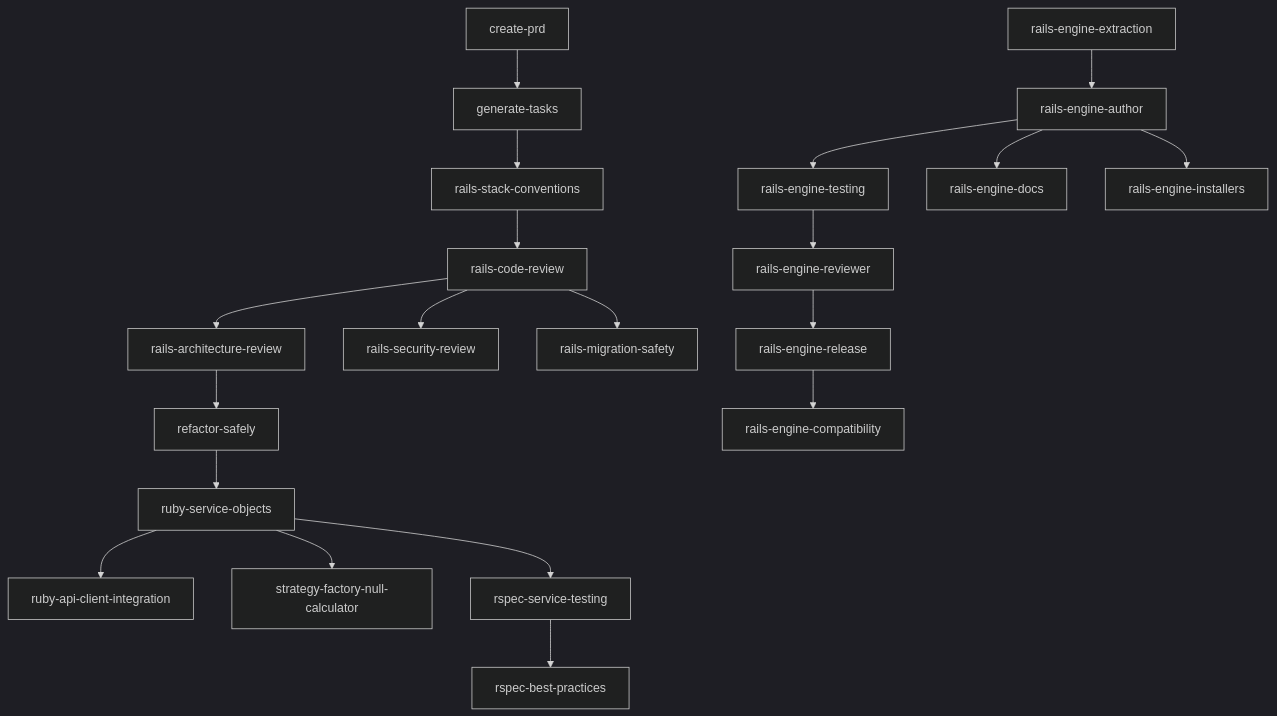
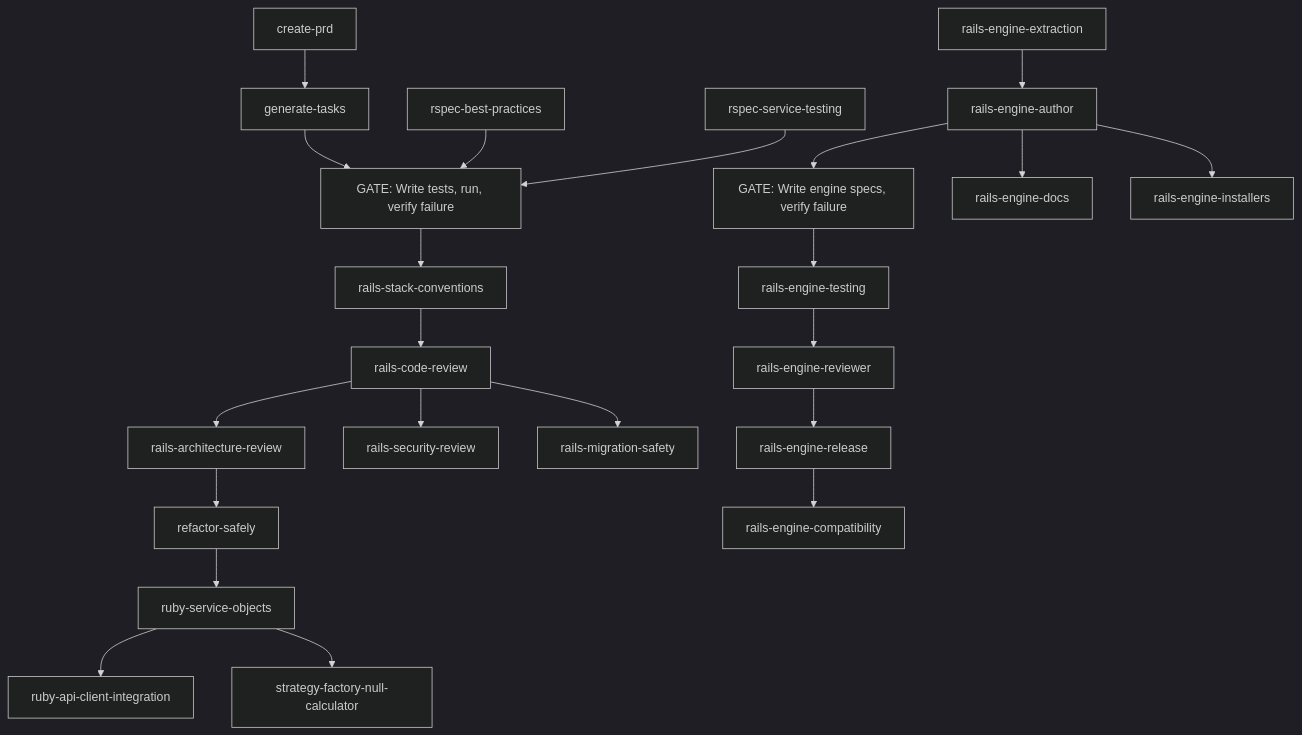
One commit to igmarin/my-RoR-personal-skills changed the diagram in README.md. Above: the diagram before and after it, drawn with Mermaid (dark theme). The commit also changed other lines of this file and 12 other files, not shown here.

````diff
--- a/README.md
+++ b/README.md
@@ -106,27 +164,29 @@
 ```mermaid
 flowchart TD
     createPRD[create-prd] --> generateTasks[generate-tasks]
-    generateTasks --> stackConventions[rails-stack-conventions]
+    generateTasks --> testGate["GATE: Write tests, run, verify failure"]
+    testGate --> stackConventions[rails-stack-conventions]
     stackConventions --> codeReview[rails-code-review]
 
     codeReview --> archReview[rails-architecture-review]
     codeReview --> secReview[rails-security-review]
     codeReview --> migrationSafety[rails-migration-safety]
 
     archReview --> refactorSafely[refactor-safely]
     refactorSafely --> serviceObjects[ruby-service-objects]
 
     serviceObjects --> apiClient[ruby-api-client-integration]
     serviceObjects --> strategyFactory[strategy-factory-null-calculator]
 
-    serviceObjects --> rspecService[rspec-service-testing]
-    rspecService --> rspecBest[rspec-best-practices]
+    rspecBest[rspec-best-practices] --> testGate
+    rspecService[rspec-service-testing] --> testGate
 
-    engineAuthor[rails-engine-author] --> engineTesting[rails-engine-testing]
+    engineAuthor[rails-engine-author] --> engineTestGate["GATE: Write engine specs, verify failure"]
+    engineTestGate --> engineTesting[rails-engine-testing]
     engineAuthor --> engineDocs[rails-engine-docs]
     engineAuthor --> engineInstallers[rails-engine-installers]
     engineTesting --> engineReviewer[rails-engine-reviewer]
     engineReviewer --> engineRelease[rails-engine-release]
     engineRelease --> engineCompat[rails-engine-compatibility]
     engineExtraction[rails-engine-extraction] --> engineAuthor
 ```
````
